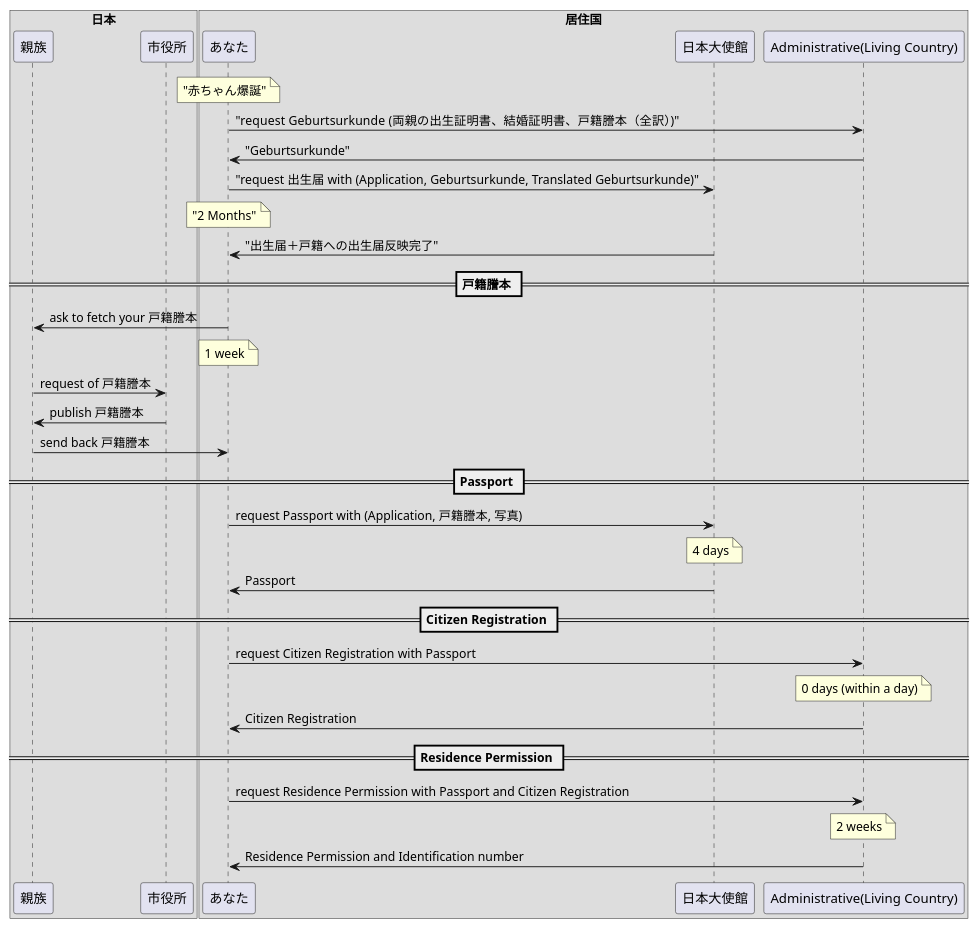
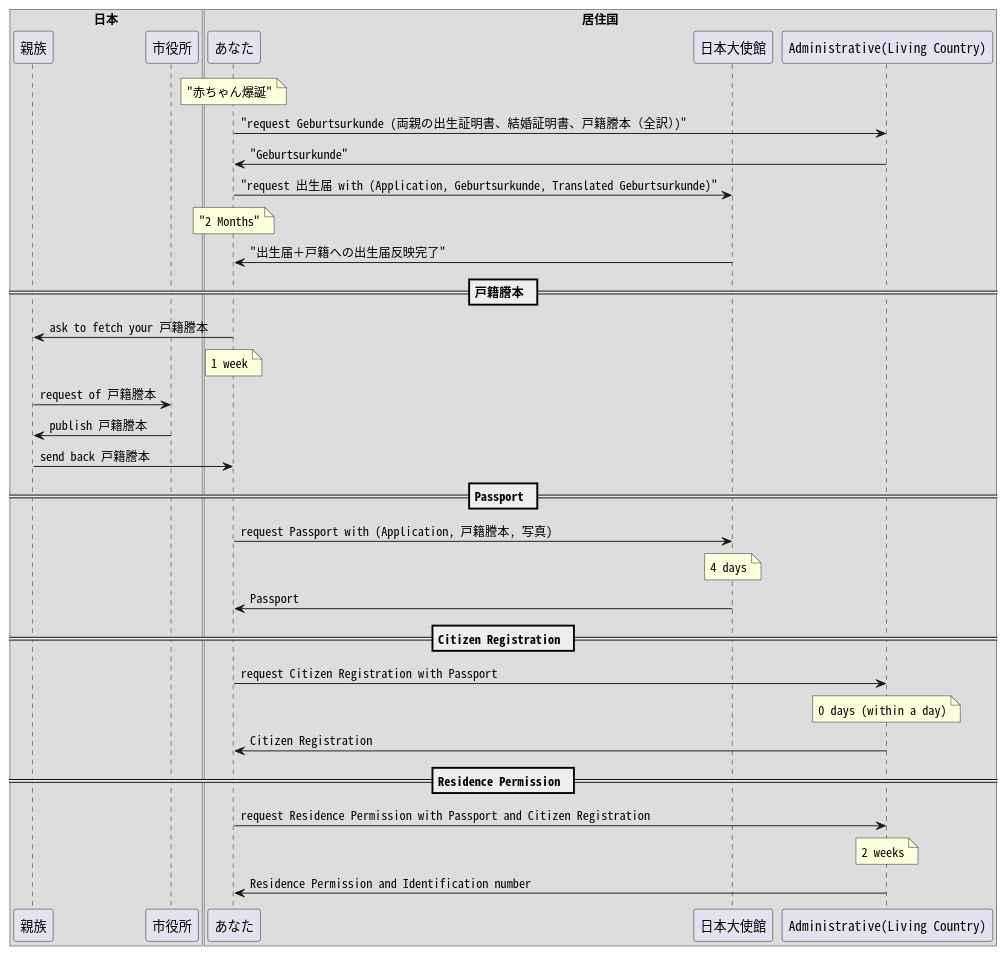
The first of 3 diagrams in japanese-blog/index.org (camparijet/camparijet.github.io), drawn with PlantUML before and after one commit. The commit also changed other lines of this file and 6 other files, not shown here.

Commit message:
plantuml: fix TOFU png

```diff
--- a/japanese-blog/index.org
+++ b/japanese-blog/index.org
@@ -535,37 +535,38 @@
-  #+BEGIN_SRC plantuml :file images/ja_sequence_baby_authorization.png
-       box "日本"
-       participant "親族" as Family
-       participant "市役所" as origin
-       end box
+#+begin_src plantuml :file images/ja_sequence_baby_authorization.png
+  skinparam defaultFontName "Noto Sans Mono CJK JP"
+  box "日本"
+  participant "親族" as Family
+  participant "市役所" as origin
+  end box
 
-       box "居住国"
-       participant "あなた" as You
-       participant "日本大使館" as Embassy
-       participant "Administrative(Living Country)" as living
-       end box
+  box "居住国"
+  participant "あなた" as You
+  participant "日本大使館" as Embassy
+  participant "Administrative(Living Country)" as living
+  end box
 
-       note over You: "赤ちゃん爆誕"
-       You->living: "request Geburtsurkunde (両親の出生証明書、結婚証明書、戸籍謄本（全訳）)"
-       living->You: "Geburtsurkunde"
-       You->Embassy: "request 出生届 with (Application, Geburtsurkunde, Translated Geburtsurkunde)"
-       note over You: "2 Months"
-       Embassy->You: "出生届＋戸籍への出生届反映完了"
-       == 戸籍謄本 ==
-       You->Family: ask to fetch your 戸籍謄本
-       note over You: 1 week
-       Family->origin: request of 戸籍謄本
-       origin->Family: publish 戸籍謄本
-       Family->You: send back 戸籍謄本
-       == Passport ==
-       You->Embassy: request Passport with (Application, 戸籍謄本, 写真)
-       note over Embassy: 4 days
-       Embassy->You: Passport
-       == Citizen Registration ==
-       You->living: request Citizen Registration with Passport
-       note over living: 0 days (within a day)
-       living->You: Citizen Registration
-       == Residence Permission ==
-       You->living: request Residence Permission with Passport and Citizen Registration
-       note over living: 2 weeks
-       living->You: Residence Permission and Identification number
-  #+END_SRC
+  note over You: "赤ちゃん爆誕"
+  You->living: "request Geburtsurkunde (両親の出生証明書、結婚証明書、戸籍謄本（全訳）)"
+  living->You: "Geburtsurkunde"
+  You->Embassy: "request 出生届 with (Application, Geburtsurkunde, Translated Geburtsurkunde)"
+  note over You: "2 Months"
+  Embassy->You: "出生届＋戸籍への出生届反映完了"
+  == 戸籍謄本 ==
+  You->Family: ask to fetch your 戸籍謄本
+  note over You: 1 week
+  Family->origin: request of 戸籍謄本
+  origin->Family: publish 戸籍謄本
+  Family->You: send back 戸籍謄本
+  == Passport ==
+  You->Embassy: request Passport with (Application, 戸籍謄本, 写真)
+  note over Embassy: 4 days
+  Embassy->You: Passport
+  == Citizen Registration ==
+  You->living: request Citizen Registration with Passport
+  note over living: 0 days (within a day)
+  living->You: Citizen Registration
+  == Residence Permission ==
+  You->living: request Residence Permission with Passport and Citizen Registration
+  note over living: 2 weeks
+  living->You: Residence Permission and Identification number
+#+end_src
```
